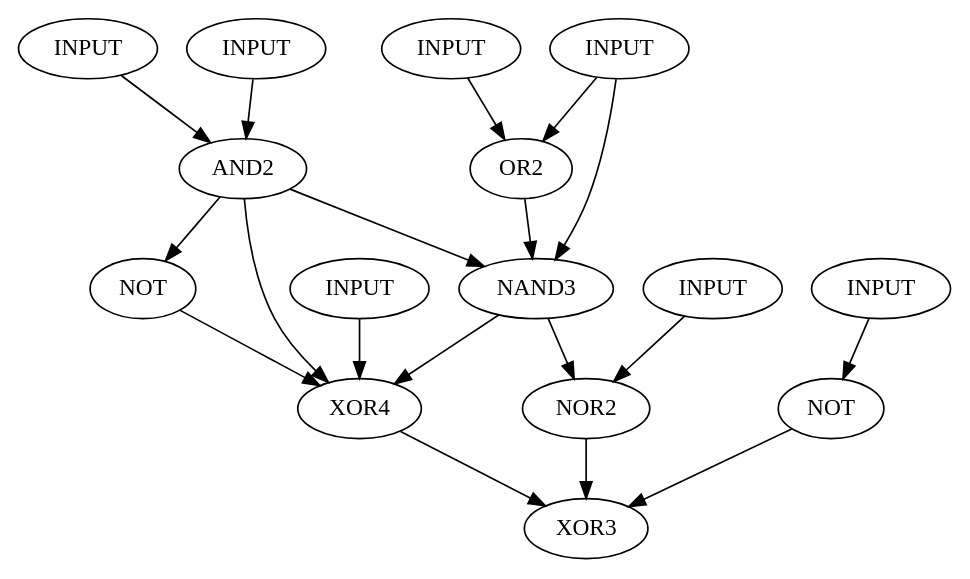
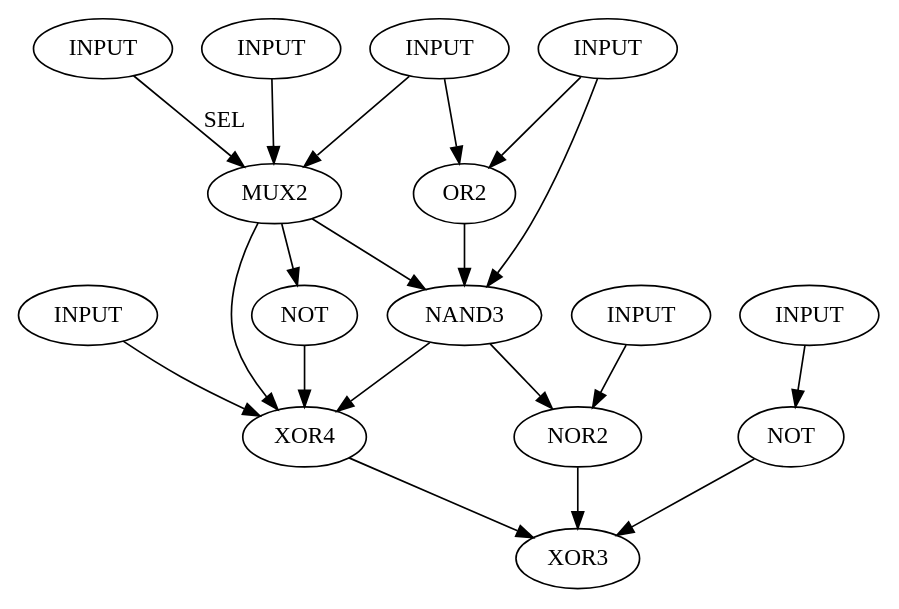
The diagram in fichier.dot (LogicCircuitSimalutor/Logic_Circuit_Simulator), drawn with Graphviz before and after one commit. The commit also changed 7 other files, not shown here.

```diff
--- a/fichier.dot
+++ b/fichier.dot
@@ -1,44 +1,45 @@
 digraph circuit
 
 {
 
 
 in1[label="INPUT"];
 in2[label="INPUT"];
 in3[label="INPUT"];
 in4[label="INPUT"];
 in5[label="INPUT"];
 in6[label="INPUT"];
 in7[label="INPUT"];
 
-a[label="AND2"];
+a[label="MUX2"];
 b[label="OR2"];
 c[label="NOT"];
 d[label="NAND3"];
 e[label="XOR4"];
 f[label="NOR2"];
 g[label="NOT"];
 h[label="XOR3"];
 
-in1->a;
+in1->a[label="SEL"];
 in2->a;
+in3->a;
 in3->b;
 in4->b;
 in4->d;
 in5->e;
 in6->f;
 in7->g;
 
 a->c;
 a->e;
 a->d;
 
 b->d;
 c->e;
 d->e;
 d->f;
 e->h;
 f->h;
 g->h;
 
 }
```
